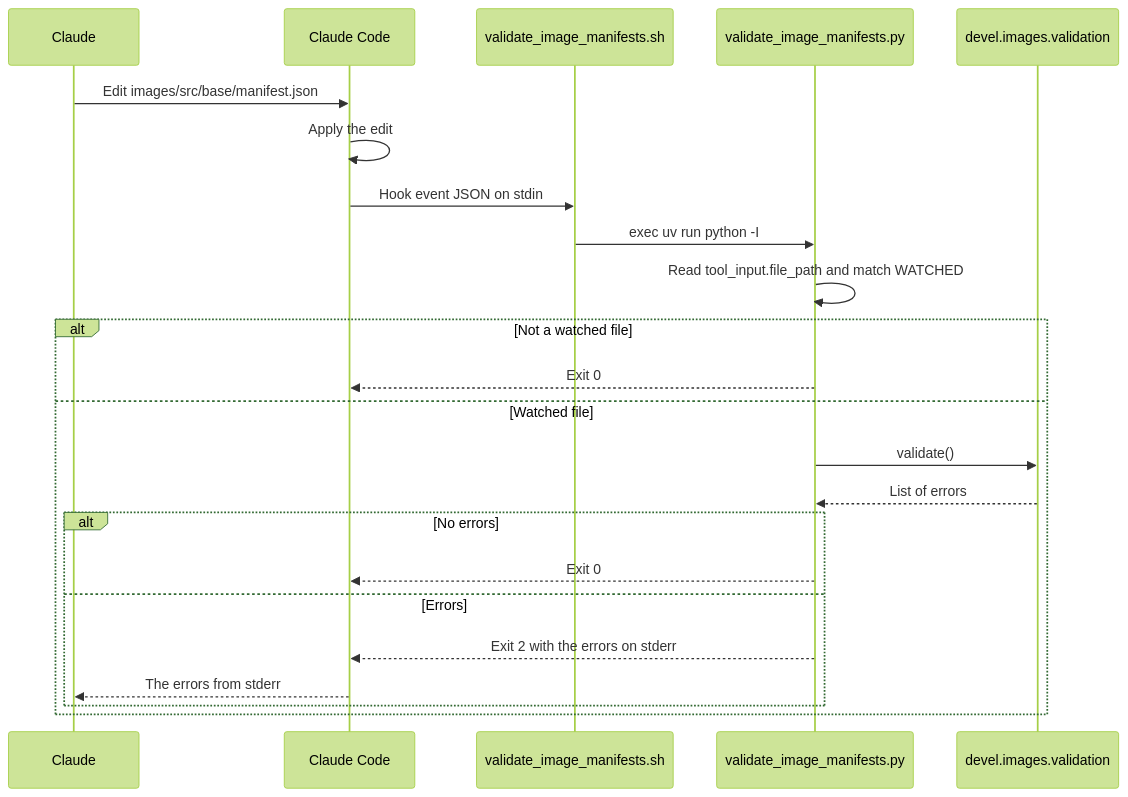
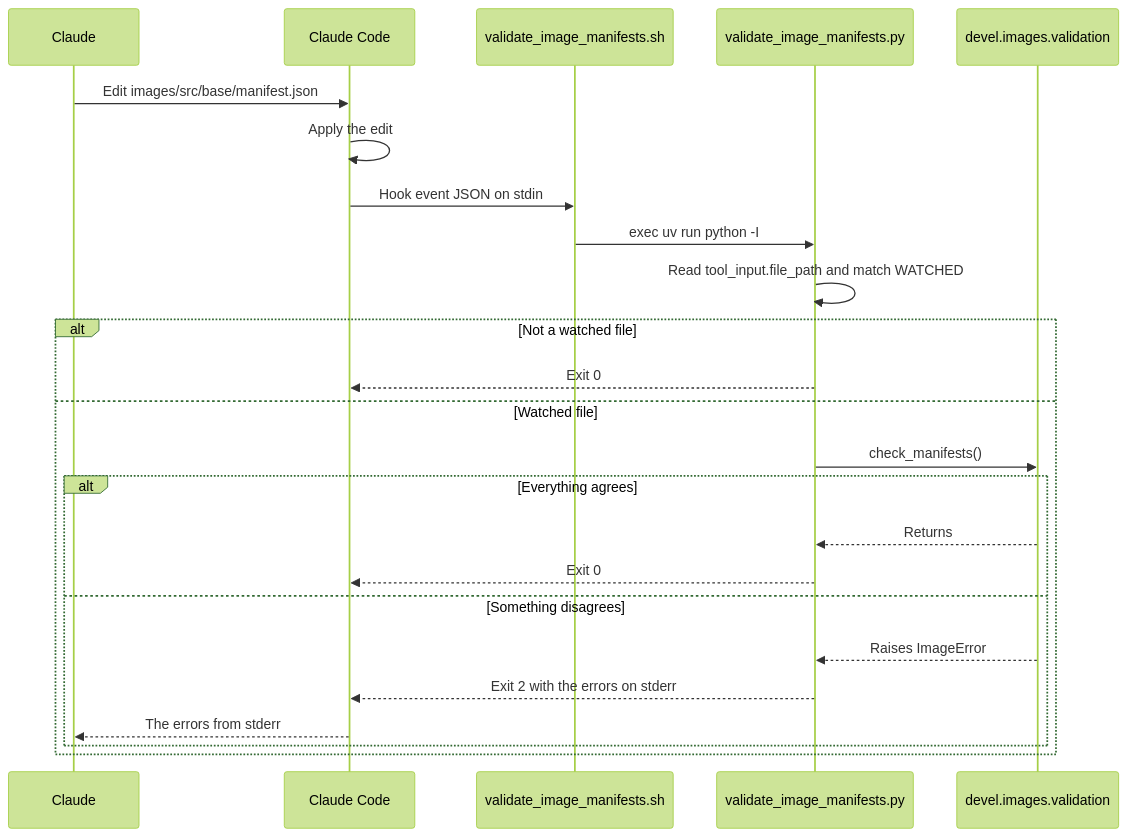
The second of 2 diagrams in docs/claude-code-hooks.md (froazin/devcontainers), drawn with Mermaid (forest theme) before and after one commit. The commit also changed other lines of this file and 12 other files, not shown here.

````diff
--- a/docs/claude-code-hooks.md
+++ b/docs/claude-code-hooks.md
@@ -92,27 +74,28 @@
 ```mermaid
 sequenceDiagram
     accTitle: An Edit that triggers the image manifest hook
-    accDescr: Claude edits a watched file. After the edit, Claude Code runs the wrapper with the hook event on stdin. The wrapper runs the Python script, which checks the path and, for a watched file, runs the validation. Errors go back to Claude through stderr and exit 2.
+    accDescr: Claude edits a watched file. After the edit, Claude Code runs the wrapper with the hook event on stdin, and the wrapper runs the Python script through uv run. The script checks the path and, for a watched file, calls check_manifests. When check_manifests raises ImageError, the script exits 2 and Claude Code passes the errors on stderr to Claude.
     participant Claude
     participant CC as Claude Code
     participant Wrapper as validate_image_manifests.sh
     participant Script as validate_image_manifests.py
     participant Validation as devel.images.validation
     Claude->>CC: Edit images/src/base/manifest.json
     CC->>CC: Apply the edit
     CC->>Wrapper: Hook event JSON on stdin
     Wrapper->>Script: exec uv run python -I
     Script->>Script: Read tool_input.file_path and match WATCHED
     alt Not a watched file
         Script-->>CC: Exit 0
     else Watched file
-        Script->>Validation: validate()
-        Validation-->>Script: List of errors
-        alt No errors
+        Script->>Validation: check_manifests()
+        alt Everything agrees
+            Validation-->>Script: Returns
             Script-->>CC: Exit 0
-        else Errors
+        else Something disagrees
+            Validation-->>Script: Raises ImageError
             Script-->>CC: Exit 2 with the errors on stderr
             CC-->>Claude: The errors from stderr
         end
     end
 ```
````
